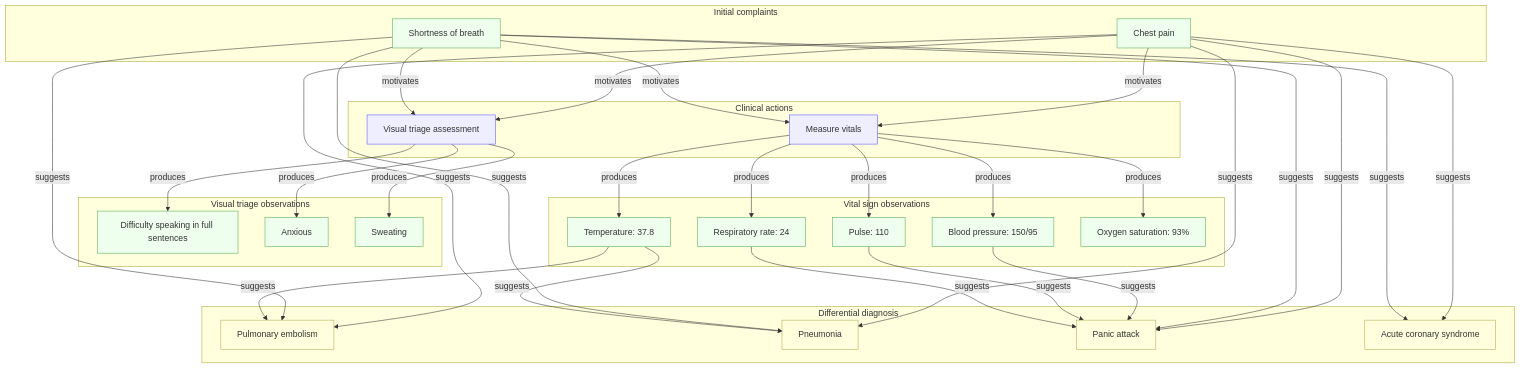
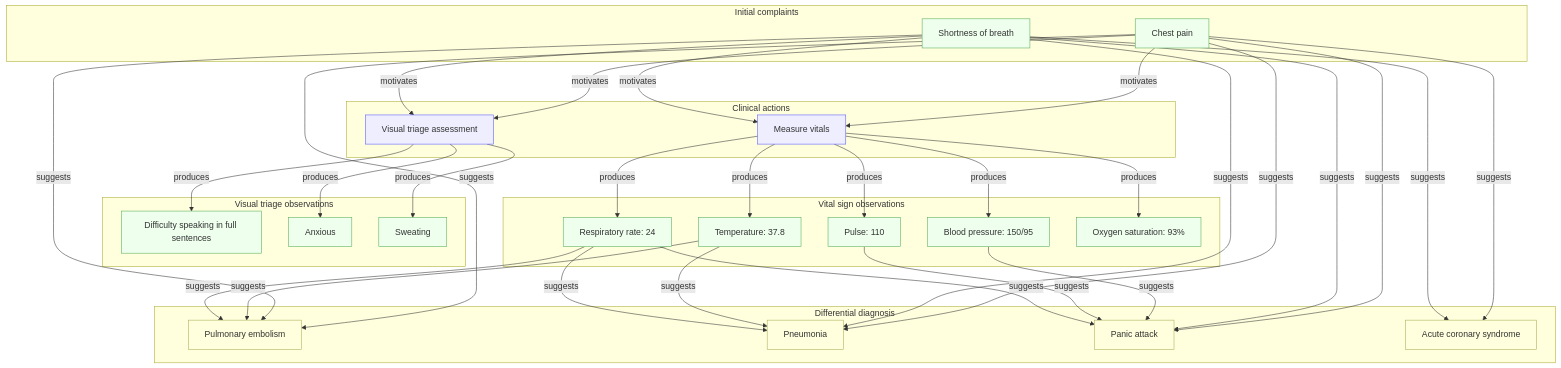
One commit to kahunacohen/why changed the diagram in diagrams/medical.mmd. Above: the diagram before and after it, drawn with Mermaid.

```diff
--- a/diagrams/medical.mmd
+++ b/diagrams/medical.mmd
@@ -1,92 +1,94 @@
 flowchart TD
 
   %% =========================
   %% INITIAL PRESENTATION
   %% =========================
   subgraph initial["Initial complaints"]
     O1["Chest pain"]
     O2["Shortness of breath"]
   end
 
   %% =========================
   %% ACTIONS
   %% =========================
   subgraph actions["Clinical actions"]
     A1["Visual triage assessment"]
     A2["Measure vitals"]
   end
 
   %% Initial complaints motivate actions
   O1 -->|motivates| A1
   O2 -->|motivates| A1
   O1 -->|motivates| A2
   O2 -->|motivates| A2
 
   %% =========================
   %% VISUAL TRIAGE OBSERVATIONS
   %% =========================
   subgraph visual["Visual triage observations"]
     O6["Difficulty speaking in full sentences"]
     O7["Anxious"]
     O8["Sweating"]
   end
 
   A1 -->|produces| O6
   A1 -->|produces| O7
   A1 -->|produces| O8
 
   %% =========================
   %% VITAL SIGNS
   %% =========================
   subgraph vitals["Vital sign observations"]
     O3["Blood pressure: 150/95"]
     O4["Pulse: 110"]
     O5["Temperature: 37.8"]
     O9["Respiratory rate: 24"]
     O10["Oxygen saturation: 93%"]
   end
 
   A2 -->|produces| O3
   A2 -->|produces| O4
   A2 -->|produces| O5
   A2 -->|produces| O9
   A2 -->|produces| O10
 
   %% =========================
   %% HYPOTHESES
   %% =========================
   subgraph hypotheses["Differential diagnosis"]
     H1["Pulmonary embolism"]
     H2["Pneumonia"]
     H3["Panic attack"]
     H4["Acute coronary syndrome"]
   end
 
   %% Observations → hypotheses (unchanged semantics)
   O1 -->|suggests| H1
   O1 -->|suggests| H2
   O1 -->|suggests| H3
   O1 -->|suggests| H4
 
   O2 -->|suggests| H1
   O2 -->|suggests| H2
   O2 -->|suggests| H3
   O2 -->|suggests| H4
 
   O3 -->|suggests| H3
   O4 -->|suggests| H3
   O9 -->|suggests| H3
 
   O5 -->|suggests| H2
   O5 -->|suggests| H1
+  O9 -->|suggests| H1
+  O9 -->|suggests| H2
 
   %% =========================
   %% STYLES
   %% =========================
   classDef obs fill:#efe,stroke:#5a5
   classDef action fill:#eef,stroke:#55f
   classDef hyp fill:#ffd,stroke:#aa5
 
   class O1,O2,O3,O4,O5,O6,O7,O8,O9,O10 obs
   class A1,A2 action
   class H1,H2,H3,H4 hyp
```
